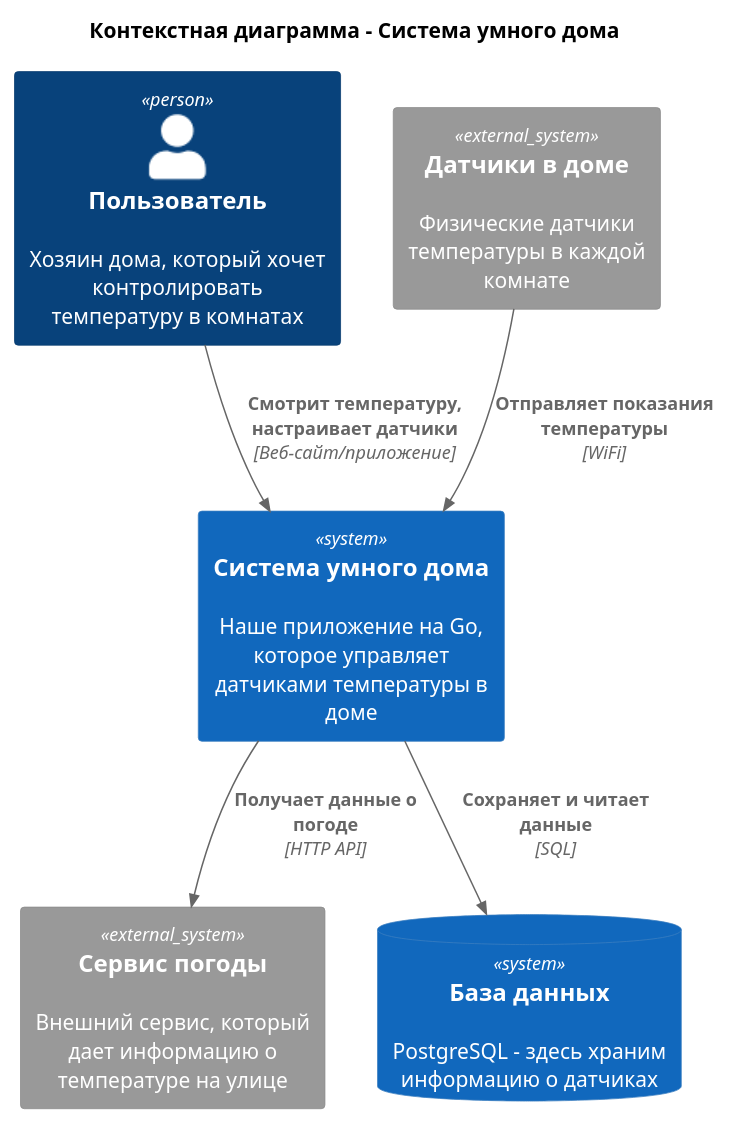
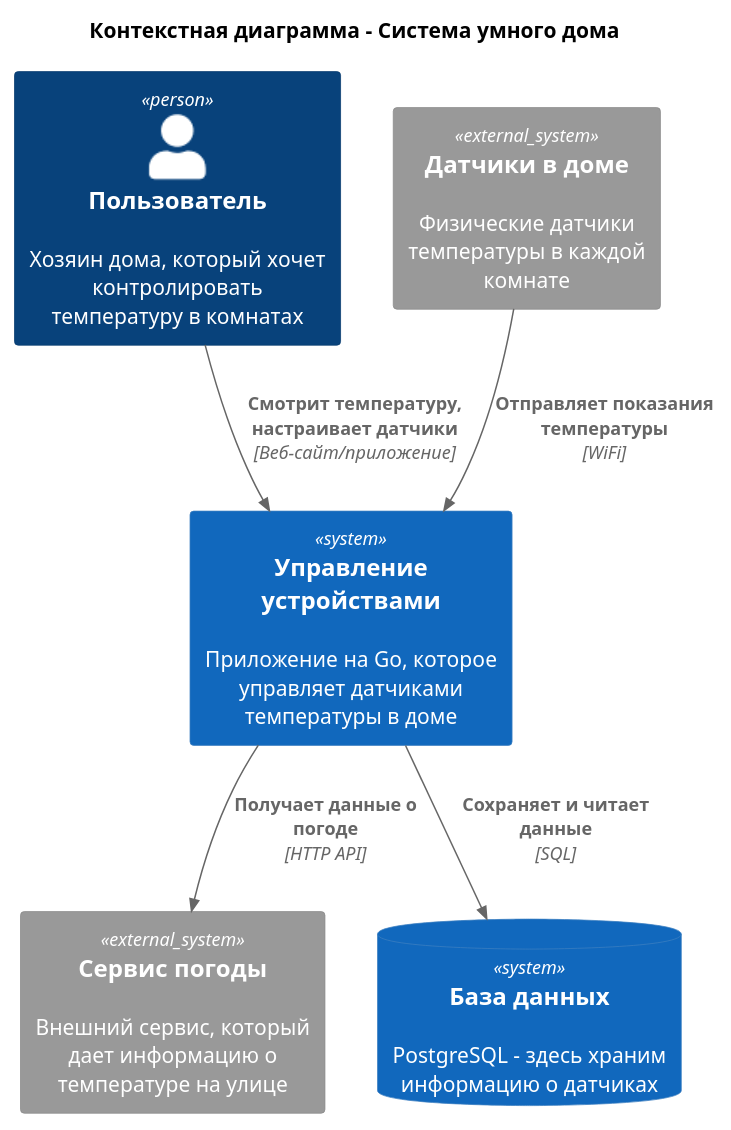
The diagram in diagrams/context/warmhouse_context.puml (propetrovao-ctrl/architecture-warmhouse), drawn with PlantUML before and after one commit. The commit also changed 4 other files, not shown here.

```diff
--- a/diagrams/context/warmhouse_context.puml
+++ b/diagrams/context/warmhouse_context.puml
@@ -1,25 +1,25 @@
 @startuml
 !include https://raw.githubusercontent.com/plantuml-stdlib/C4-PlantUML/master/C4_Context.puml
 
 title Контекстная диаграмма - Система умного дома
 
 ' Пользователи системы
 Person(user, "Пользователь", "Хозяин дома, который хочет контролировать температуру в комнатах")
 
 ' Основная система (то, что мы разрабатываем)
-System(smart_home, "Система умного дома", "Наше приложение на Go, которое управляет датчиками температуры в доме")
+System(smart_home, "Управление устройствами", "Приложение на Go, которое управляет датчиками температуры в доме")
 
 ' Внешние системы
 System_Ext(temp_service, "Сервис погоды", "Внешний сервис, который дает информацию о температуре на улице")
 System_Ext(sensors, "Датчики в доме", "Физические датчики температуры в каждой комнате")
 
 ' База данных
 SystemDb(database, "База данных", "PostgreSQL - здесь храним информацию о датчиках")
 
 ' Связи между компонентами
 Rel(user, smart_home, "Смотрит температуру, настраивает датчики", "Веб-сайт/приложение")
 Rel(smart_home, database, "Сохраняет и читает данные", "SQL")
 Rel(smart_home, temp_service, "Получает данные о погоде", "HTTP API")
 Rel(sensors, smart_home, "Отправляет показания температуры", "WiFi")
 
 @enduml
```
